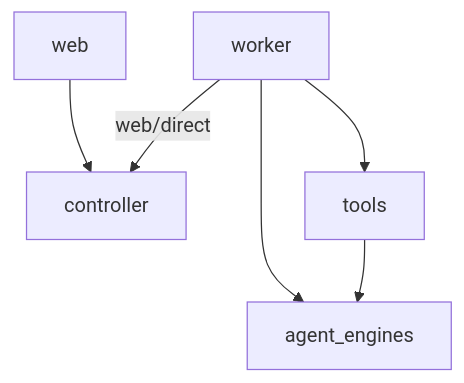
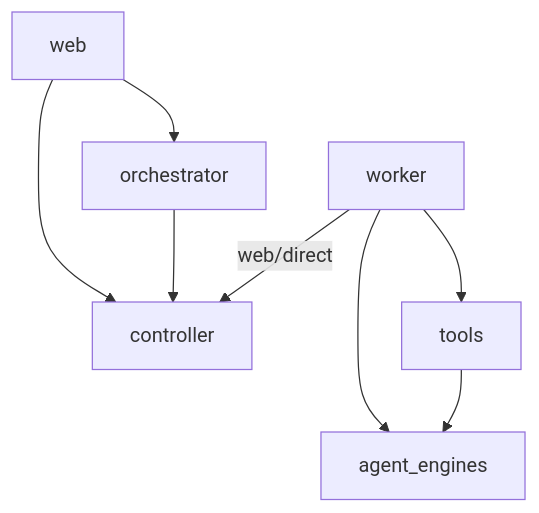
Before and after one commit to the-guish/robinauts: the diagram in docs/architecture/rules.md, drawn with Mermaid. The commit also changed other lines of this file and 27 other files, not shown here.

Commit message:
Task intake: orchestrator package, agents/flows config split, flows as forms (#32)

````diff
--- a/docs/architecture/rules.md
+++ b/docs/architecture/rules.md
@@ -17,8 +18,10 @@
 ```mermaid
 flowchart TD
     web --> controller
+    web --> orchestrator
+    orchestrator --> controller
     worker -- "web/direct" --> controller
     worker --> tools
     worker --> agent_engines
     tools --> agent_engines
 ```
````
